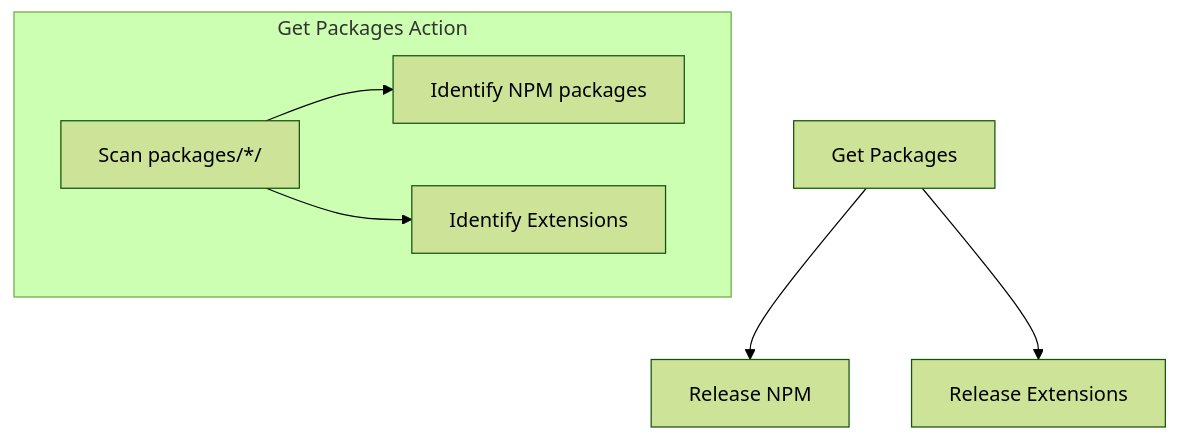
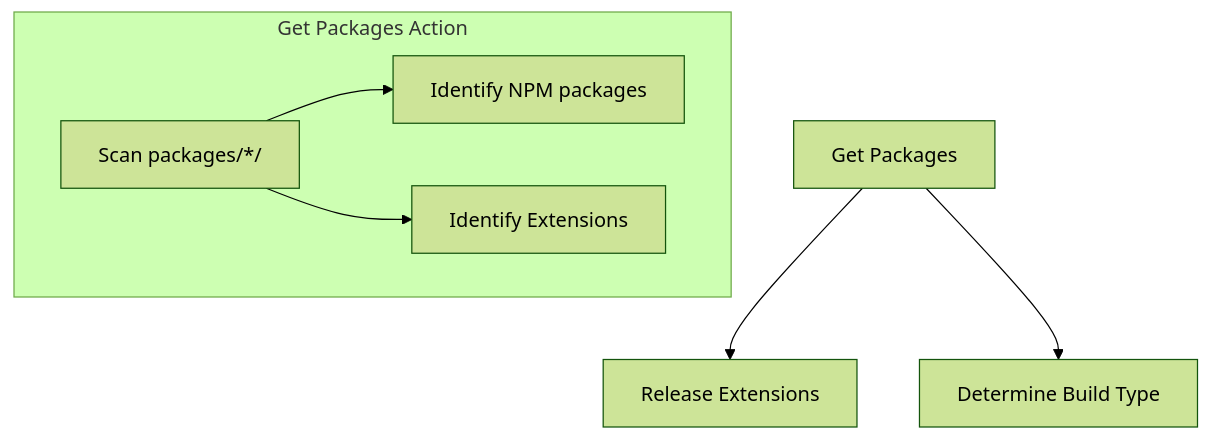
One commit to forcedotcom/apex-language-support changed the third of 10 diagrams in .github/workflows/README.md. Above: the diagram before and after it, drawn with Mermaid (forest theme). The commit also changed other lines of this file and 3 other files, not shown here.

````diff
--- a/.github/workflows/README.md
+++ b/.github/workflows/README.md
@@ -104,11 +118,11 @@
 ```mermaid
 graph TB
-    A[Get Packages] --> B[Release NPM]
-    A --> C[Release Extensions]
+    A[Get Packages] --> B[Release Extensions]
+    A --> C[Determine Build Type]
 
     subgraph "Get Packages Action"
         D[Scan packages/*/]
         D --> E[Identify NPM packages]
         D --> F[Identify Extensions]
     end
 ```
````
